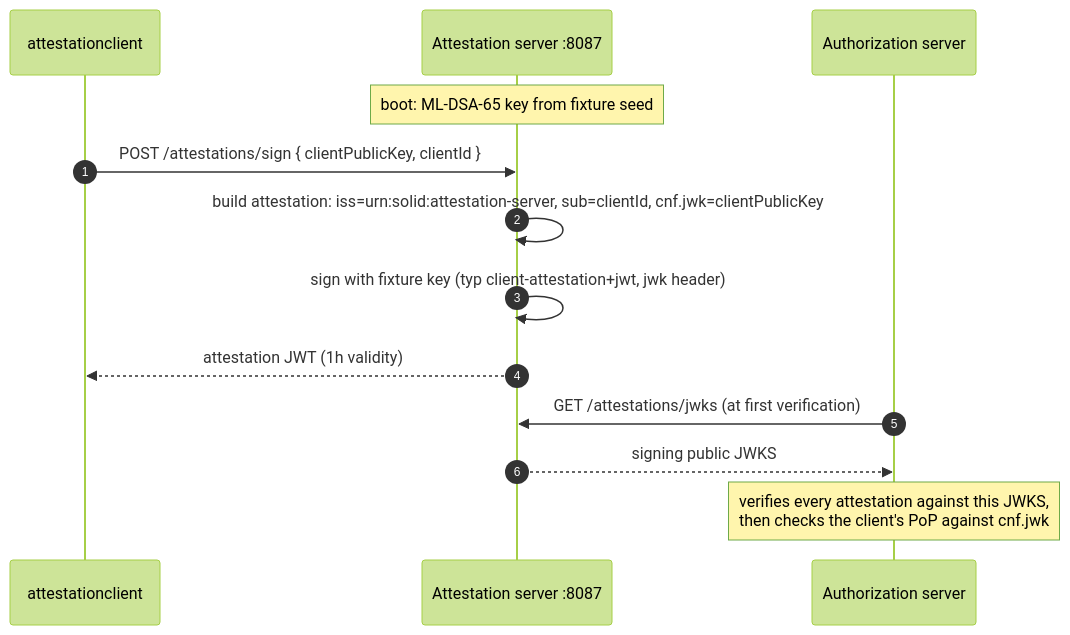
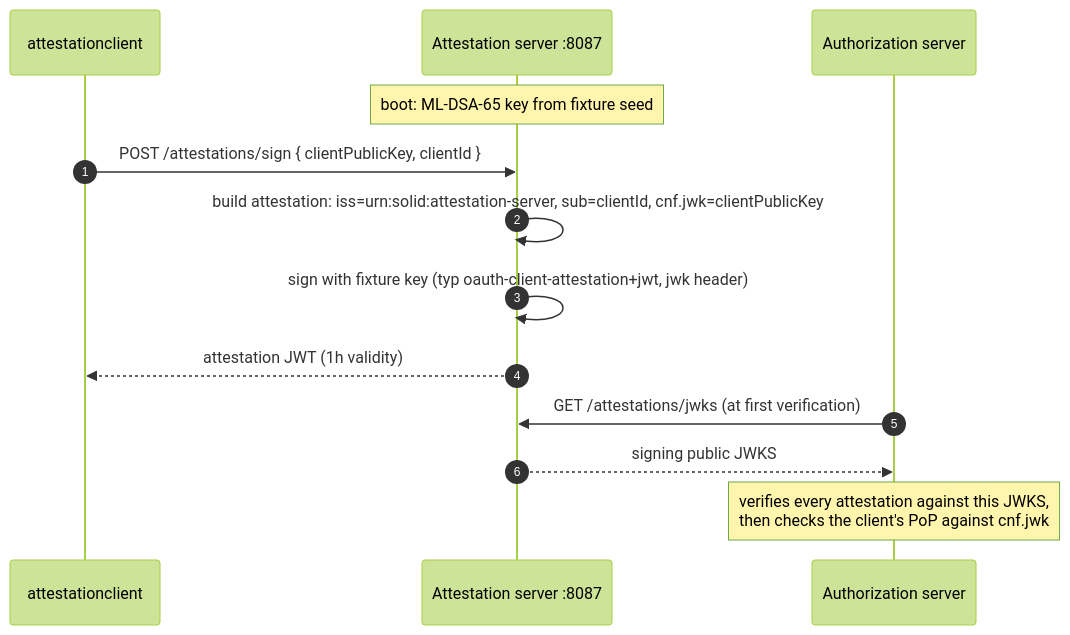
The diagram in examples/attestationserver/README.md (zntrio/solid), drawn with Mermaid (forest theme) before and after one commit. The commit also changed other lines of this file and 47 other files, not shown here.

First line of the commit message:
feat(example): AI Agent + MCP + RS flow. (#143)

````diff
--- a/examples/attestationserver/README.md
+++ b/examples/attestationserver/README.md
@@ -12,16 +12,16 @@
 ```mermaid
 sequenceDiagram
     autonumber
     participant C as attestationclient
     participant S as Attestation server :8087
     participant AS as Authorization server
 
     Note over S: boot: ML-DSA-65 key from fixture seed
     C->>S: POST /attestations/sign { clientPublicKey, clientId }
     S->>S: build attestation: iss=urn:solid:attestation-server, sub=clientId, cnf.jwk=clientPublicKey
-    S->>S: sign with fixture key (typ client-attestation+jwt, jwk header)
+    S->>S: sign with fixture key (typ oauth-client-attestation+jwt, jwk header)
     S-->>C: attestation JWT (1h validity)
     AS->>S: GET /attestations/jwks (at first verification)
     S-->>AS: signing public JWKS
     Note over AS: verifies every attestation against this JWKS,<br/>then checks the client's PoP against cnf.jwk
 ```
````
